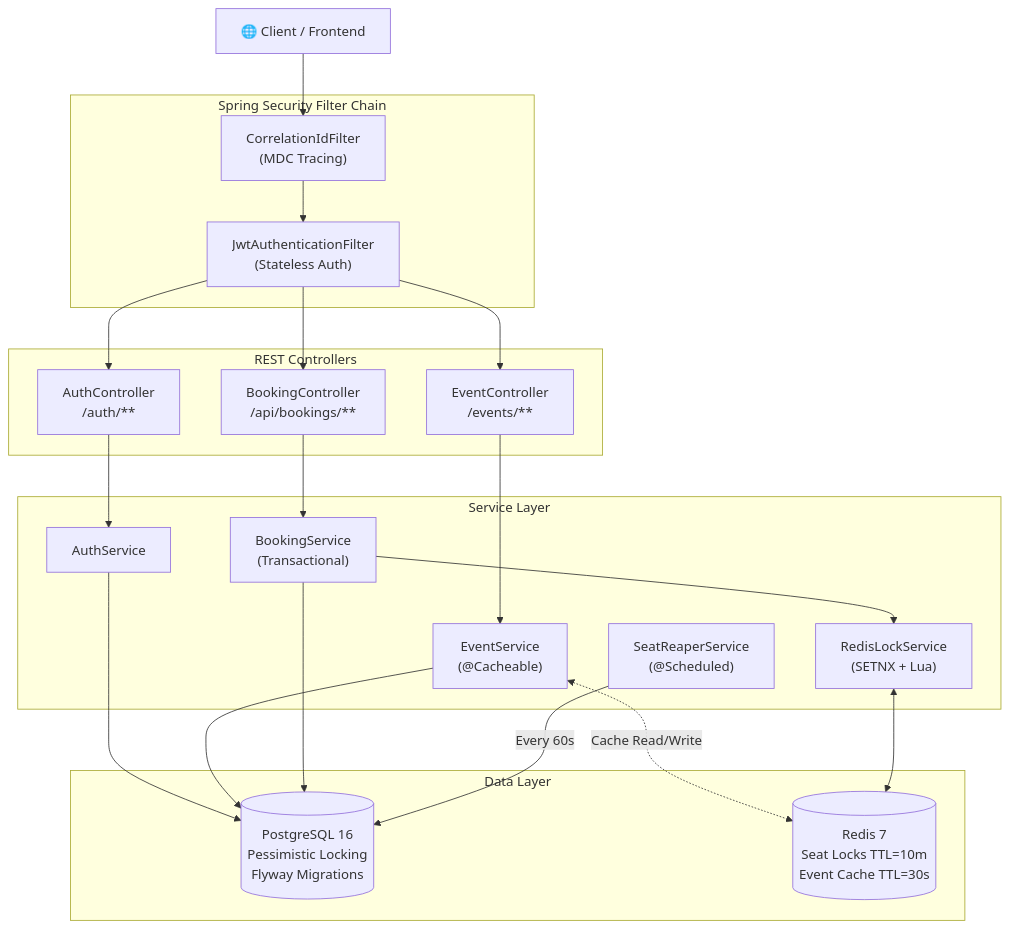
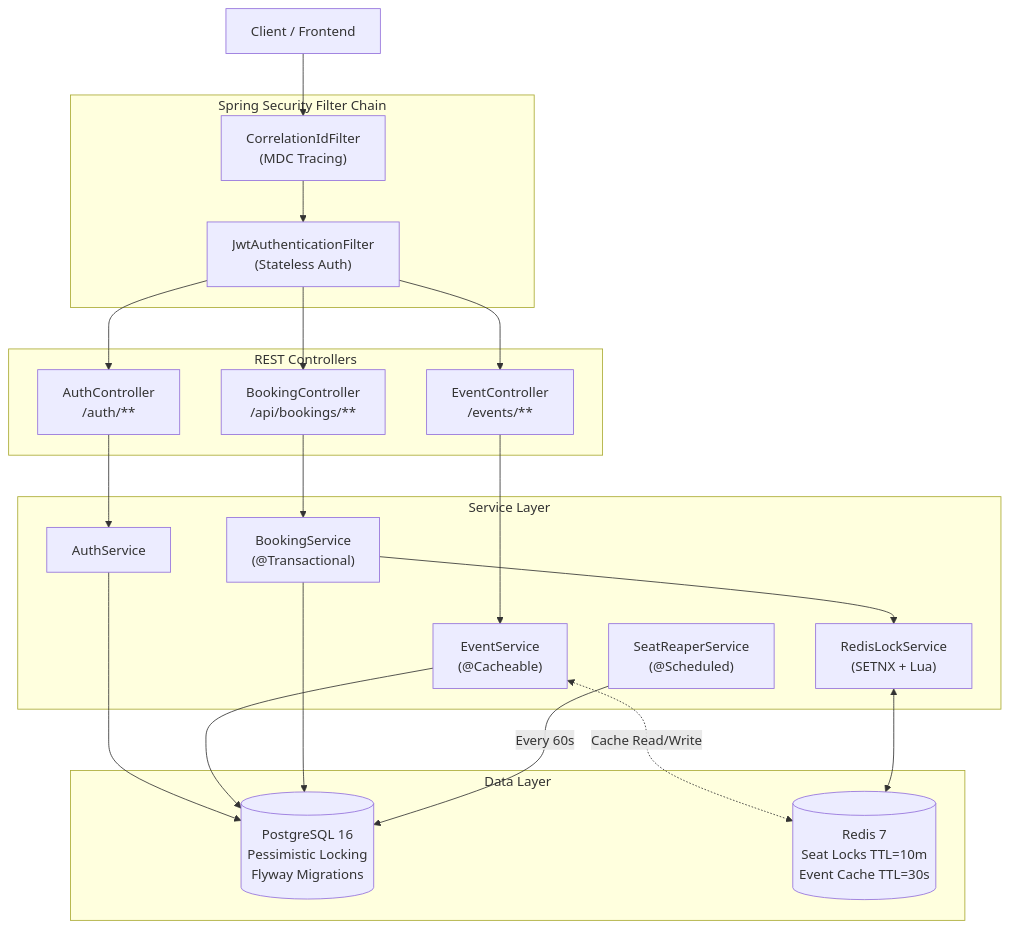
Before and after one commit to BarathJogi/High-Concurrency-Event-Ticketing-API: the second of 5 diagrams in README.md, drawn with Mermaid. The commit also changed other lines of this file, not shown here.

````diff
--- a/README.md
+++ b/README.md
@@ -62,37 +72,37 @@
 ```mermaid
 flowchart TD
-    Client["🌐 Client / Frontend"]
+    Client["Client / Frontend"]
 
     subgraph Filters["Spring Security Filter Chain"]
         CF["CorrelationIdFilter\n(MDC Tracing)"]
         JWT["JwtAuthenticationFilter\n(Stateless Auth)"]
     end
 
     subgraph Controllers["REST Controllers"]
         AC["AuthController\n/auth/**"]
         EC["EventController\n/events/**"]
         BC["BookingController\n/api/bookings/**"]
     end
 
     subgraph Services["Service Layer"]
         AS["AuthService"]
         ES["EventService\n(@Cacheable)"]
-        BS["BookingService\n(Transactional)"]
+        BS["BookingService\n(@Transactional)"]
         RLS["RedisLockService\n(SETNX + Lua)"]
         SRS["SeatReaperService\n(@Scheduled)"]
     end
 
     subgraph DataLayer["Data Layer"]
         PG[("PostgreSQL 16\nPessimistic Locking\nFlyway Migrations")]
         RD[("Redis 7\nSeat Locks TTL=10m\nEvent Cache TTL=30s")]
     end
 
     Client --> CF --> JWT --> AC & EC & BC
     AC --> AS --> PG
     EC --> ES --> PG
     ES <-.->|Cache Read/Write| RD
     BC --> BS
     BS --> RLS <--> RD
     BS --> PG
     SRS -->|Every 60s| PG
 ```
````
